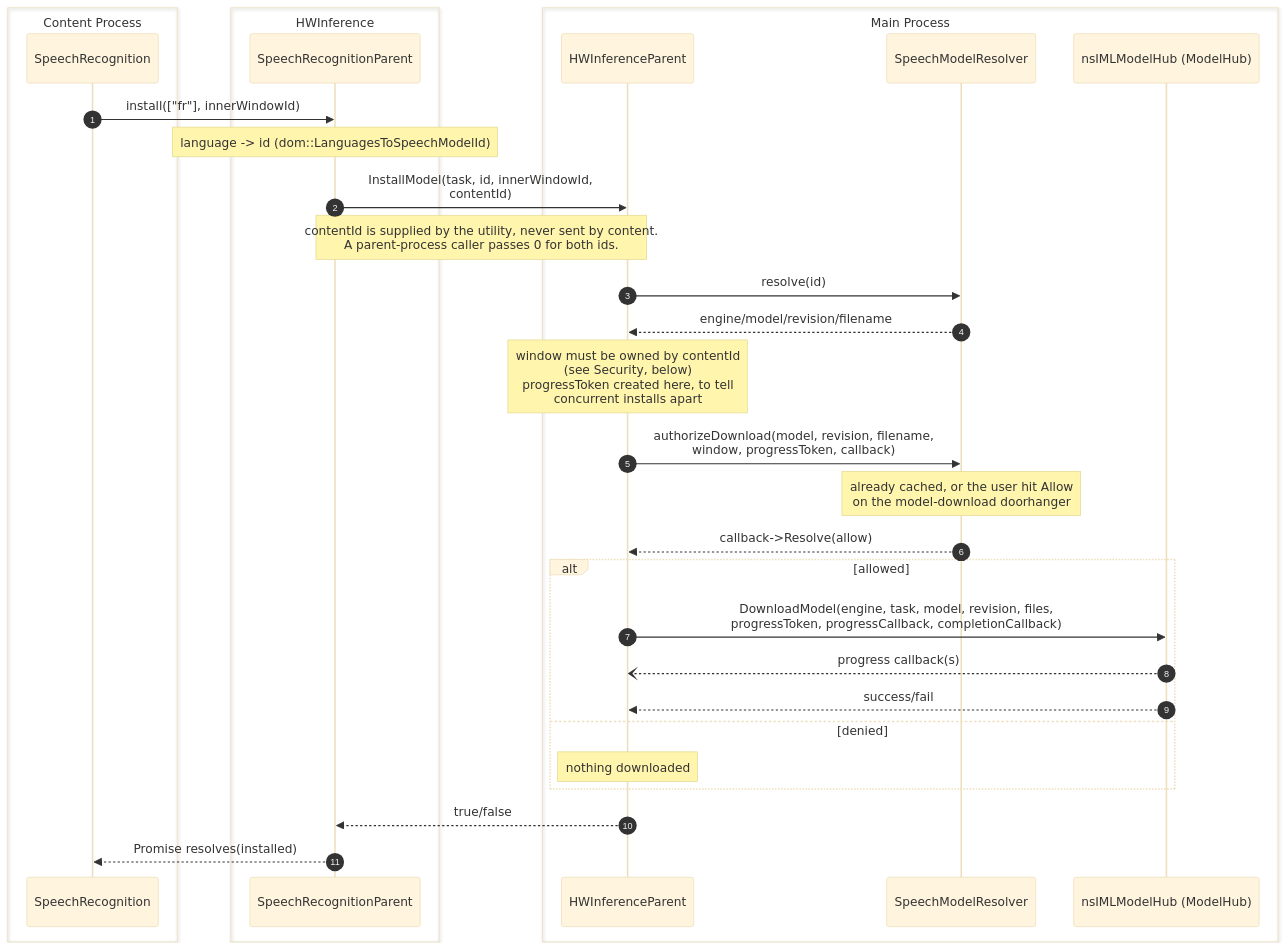
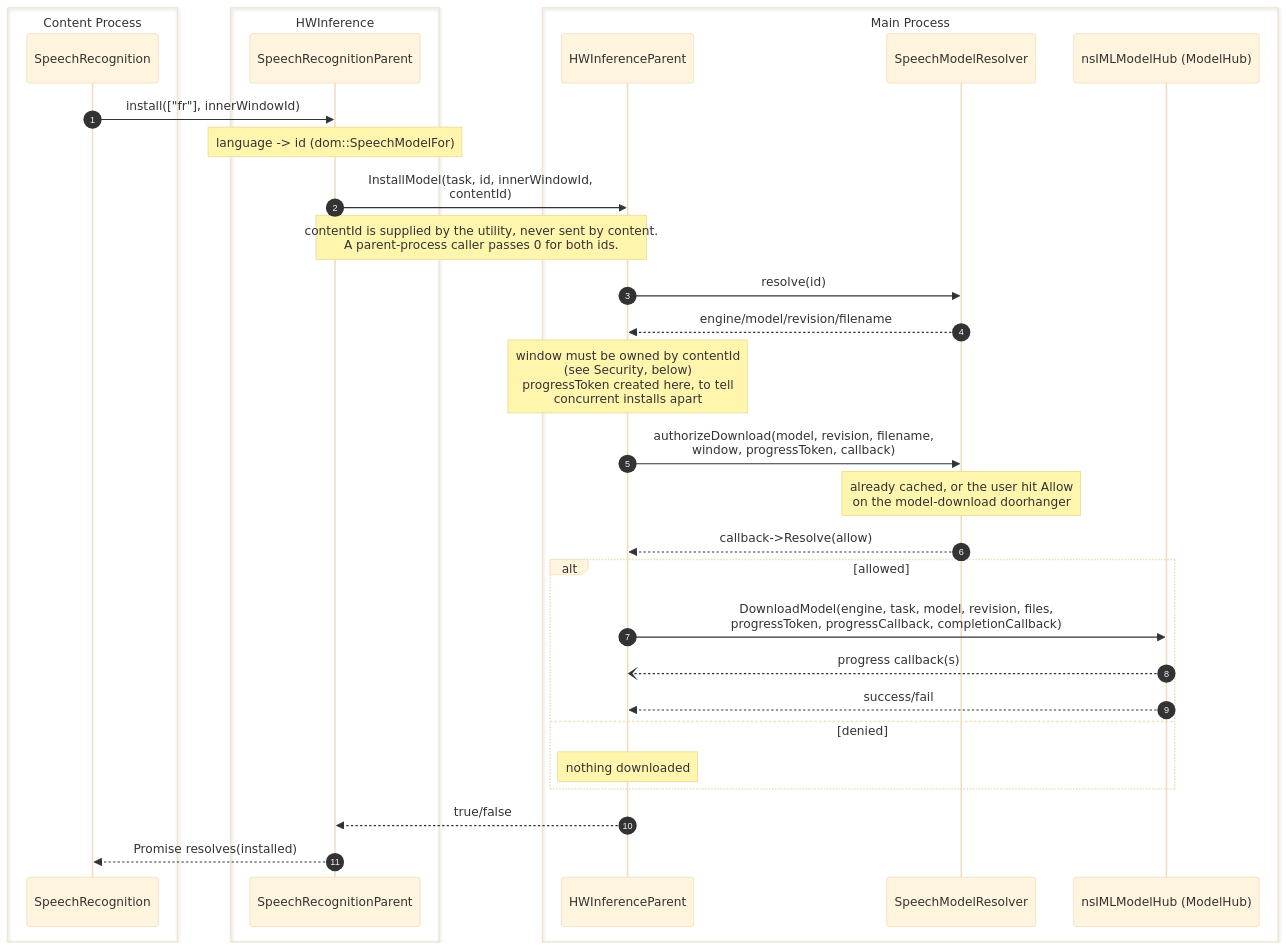
The fourth of 4 diagrams in toolkit/components/ml/docs/HWInference.md (marco-c/gecko-dev-comments-removed), drawn with Mermaid (base theme) before and after one commit. The commit also changed other lines of this file and 8 other files, not shown here.

First line of the commit message:
Bug 2060247 - Select the speech recognition model from the locales it declares. r=media-playback-reviewers,ai-platform-reviewers,valentinp,alwu

````diff
--- a/toolkit/components/ml/docs/HWInference.md
+++ b/toolkit/components/ml/docs/HWInference.md
@@ -292,38 +292,38 @@
 ```{mermaid}
 sequenceDiagram
   autonumber
 
   box Content Process
     participant SR as SpeechRecognition
   end
 
   box HWInference
     participant SRP as SpeechRecognitionParent
   end
 
   box Main Process
     participant HWP as HWInferenceParent
     participant Res as SpeechModelResolver
     participant MH as nsIMLModelHub (ModelHub)
   end
 
   SR->>SRP: install(["fr"], innerWindowId)
-  Note over SRP: language -> id (dom::LanguagesToSpeechModelId)
+  Note over SRP: language -> id (dom::SpeechModelFor)
   SRP->>HWP: InstallModel(task, id, innerWindowId,<br/>contentId)
   Note over SRP,HWP: contentId is supplied by the utility, never sent by content.<br/>A parent-process caller passes 0 for both ids.
   HWP->>Res: resolve(id)
   Res-->>HWP: engine/model/revision/filename
   Note over HWP: window must be owned by contentId<br/>(see Security, below)<br/>progressToken created here, to tell<br/>concurrent installs apart
   HWP->>Res: authorizeDownload(model, revision, filename,<br/>window, progressToken, callback)
   Note over Res: already cached, or the user hit Allow<br/>on the model-download doorhanger
   Res-->>HWP: callback->Resolve(allow)
   alt allowed
     HWP->>MH: DownloadModel(engine, task, model, revision, files,<br/>progressToken, progressCallback, completionCallback)
     MH--)HWP: progress callback(s)
     MH-->>HWP: success/fail
   else denied
     Note over HWP: nothing downloaded
   end
   HWP-->>SRP: true/false
   SRP-->>SR: Promise resolves(installed)
 ```
````
